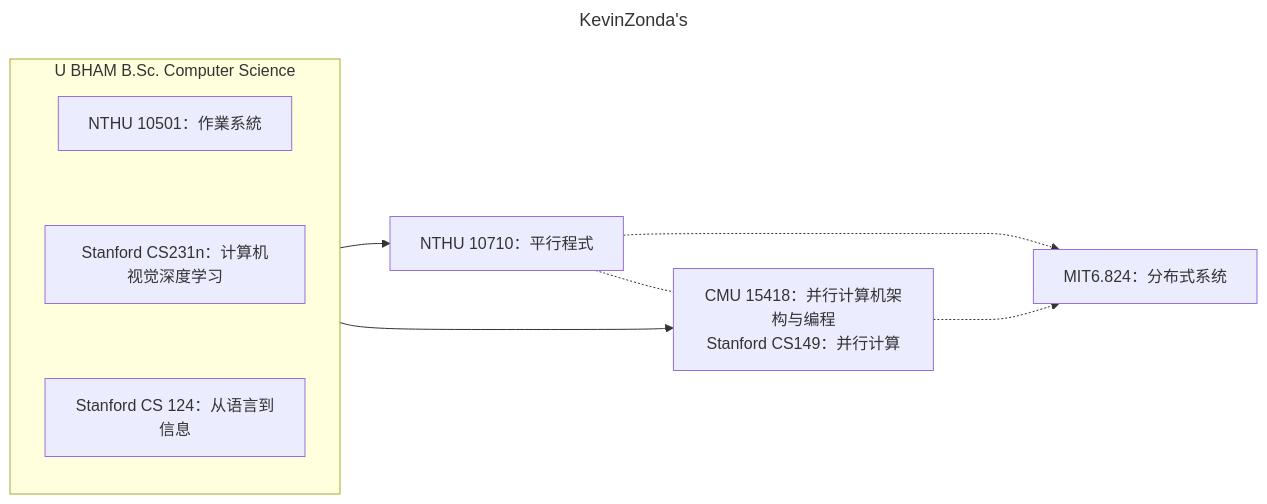
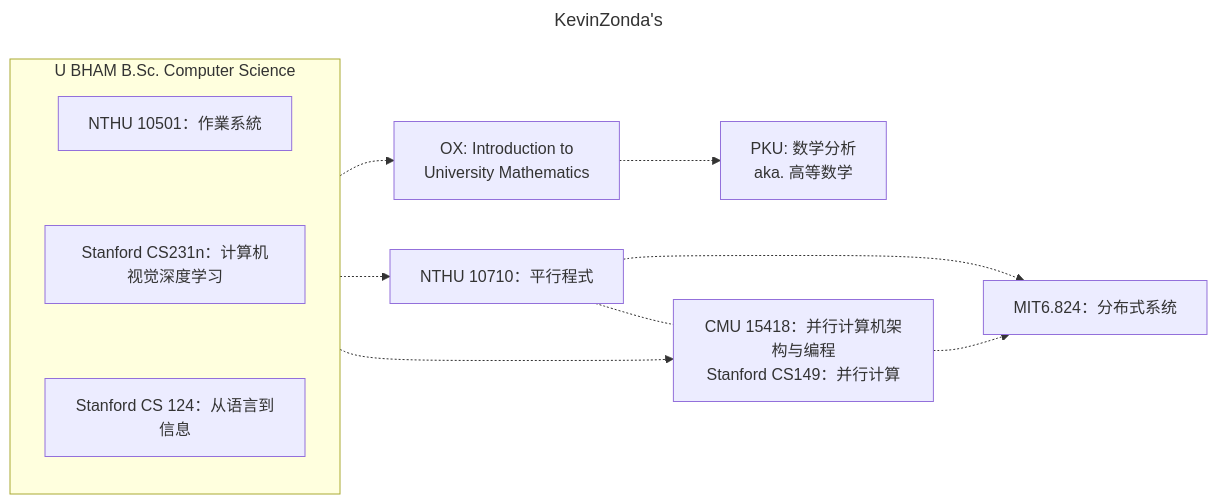
Before and after one commit to KevinNote/Pathway: the diagram in README.md, drawn with Mermaid. The commit also changed other lines of this file, not shown here.

````diff
--- a/README.md
+++ b/README.md
@@ -1,26 +1,32 @@
 ```mermaid
 ---
 title: KevinZonda's
 ---
 flowchart LR
   subgraph UOB[U BHAM B.Sc. Computer Science]
     direction TB
     NTHU_OS[NTHU 10501：作業系統]
     S_CVDL[Stanford CS231n：计算机视觉深度学习]
     S_NLP[Stanford CS 124：从语言到信息]
     NTHU_OS ~~~ S_CVDL
     S_CVDL ~~~ S_NLP
   end
+
+  OX_IntroUniMath[OX: Introduction to<br>University Mathematics]
+  PKU_MathAnalysis[PKU: 数学分析<br>aka. 高等数学]
   
   NTHU_Parallel[NTHU 10710：平行程式]
   CMU_Parallel[CMU 15418：并行计算机架构与编程<br>Stanford CS149：并行计算]
   NTHU_Parallel -.- CMU_Parallel
   MIT_DistSys[MIT6.824：分布式系统]
   
 
-  UOB --> NTHU_Parallel
-  UOB --> CMU_Parallel
-  NTHU_Parallel -..-> MIT_DistSys
-  CMU_Parallel -..-> MIT_DistSys
+  UOB -.-> NTHU_Parallel
+  UOB -.-> CMU_Parallel
+  NTHU_Parallel -.-> MIT_DistSys
+  CMU_Parallel -.-> MIT_DistSys
+
+  UOB -.-> OX_IntroUniMath
+  OX_IntroUniMath -.-> PKU_MathAnalysis
   
 ```
````
